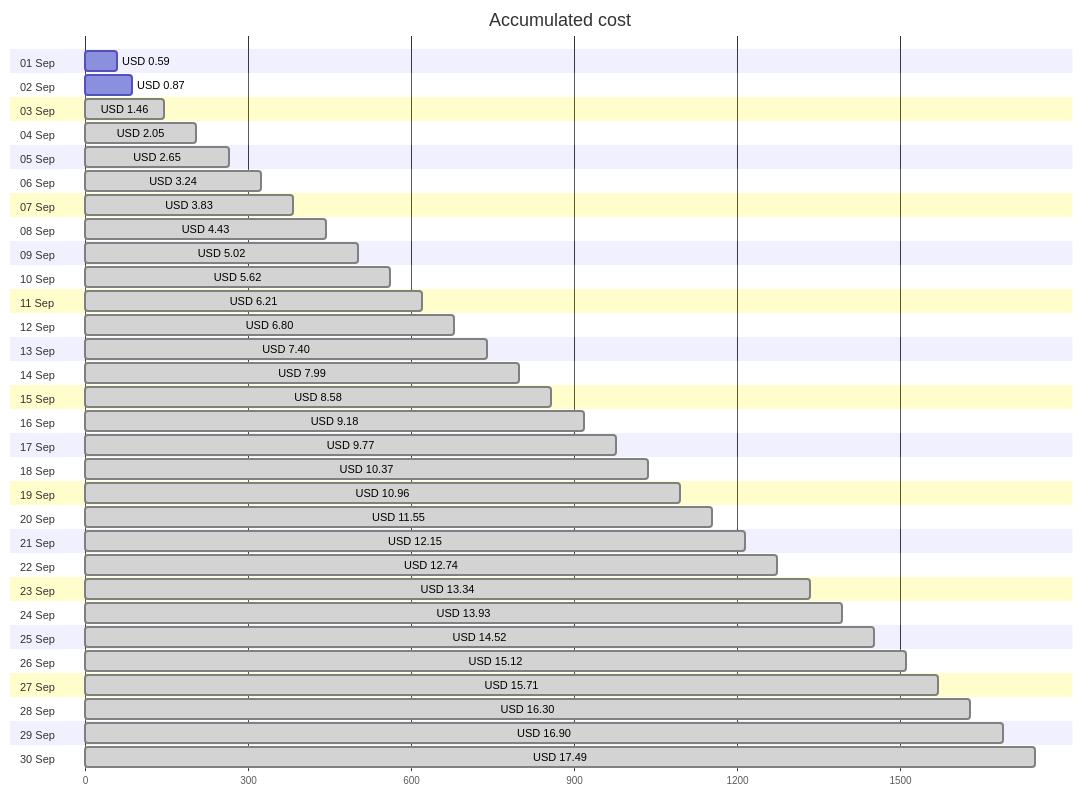
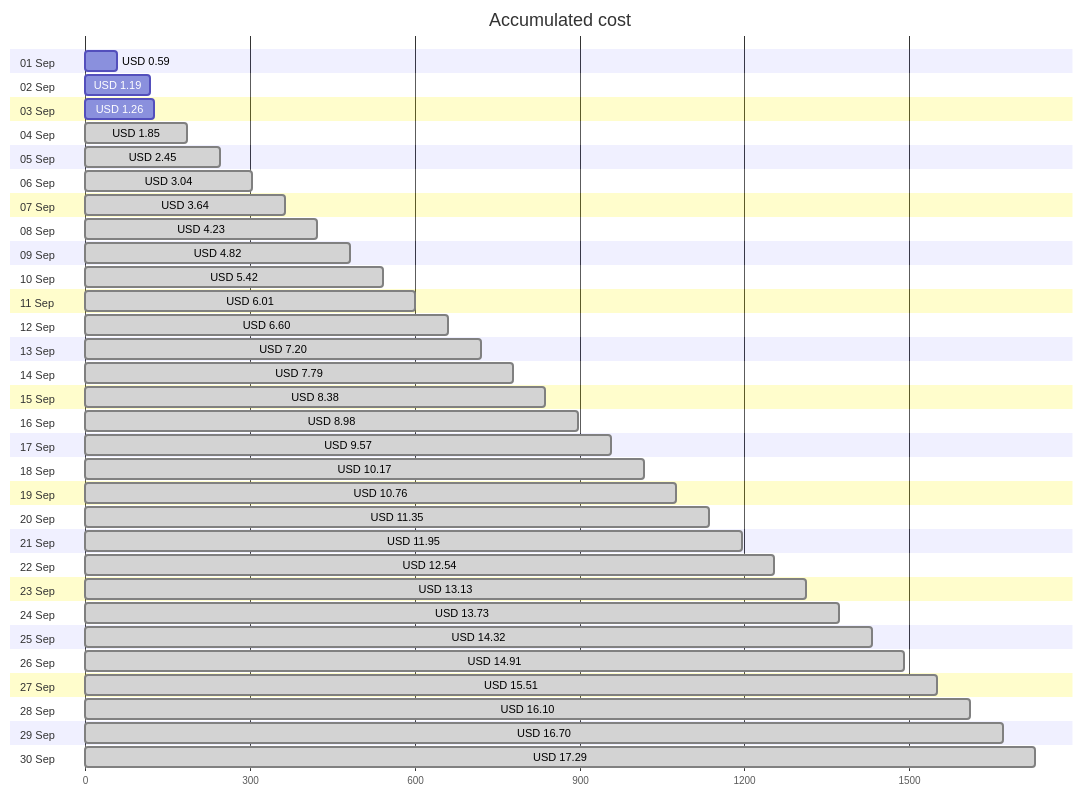
Before and after one commit to jpfulton/azure-personal-reports: the first of 4 diagrams in cost-reports/personal-site/README.md, drawn with Mermaid. The commit also changed other lines of this file and 6 other files, not shown here.

````diff
--- a/cost-reports/personal-site/README.md
+++ b/cost-reports/personal-site/README.md
@@ -20,66 +20,66 @@
 ```mermaid
 gantt
    title Accumulated cost
    dateFormat  X
    axisFormat %s
    section 01 Sep
    USD 0.59 :0, 59
    section 02 Sep
-   USD 0.87 :0, 87
+   USD 1.19 :0, 119
    section 03 Sep
-   USD 1.46 : done, 0, 146
+   USD 1.26 :0, 126
    section 04 Sep
-   USD 2.05 : done, 0, 205
+   USD 1.85 : done, 0, 185
    section 05 Sep
-   USD 2.65 : done, 0, 265
+   USD 2.45 : done, 0, 245
    section 06 Sep
-   USD 3.24 : done, 0, 324
+   USD 3.04 : done, 0, 304
    section 07 Sep
-   USD 3.83 : done, 0, 383
+   USD 3.64 : done, 0, 364
    section 08 Sep
-   USD 4.43 : done, 0, 443
+   USD 4.23 : done, 0, 423
    section 09 Sep
-   USD 5.02 : done, 0, 502
+   USD 4.82 : done, 0, 482
    section 10 Sep
-   USD 5.62 : done, 0, 562
+   USD 5.42 : done, 0, 542
    section 11 Sep
-   USD 6.21 : done, 0, 621
+   USD 6.01 : done, 0, 601
    section 12 Sep
-   USD 6.80 : done, 0, 680
+   USD 6.60 : done, 0, 660
    section 13 Sep
-   USD 7.40 : done, 0, 740
+   USD 7.20 : done, 0, 720
    section 14 Sep
-   USD 7.99 : done, 0, 799
+   USD 7.79 : done, 0, 779
    section 15 Sep
-   USD 8.58 : done, 0, 858
+   USD 8.38 : done, 0, 838
    section 16 Sep
-   USD 9.18 : done, 0, 918
+   USD 8.98 : done, 0, 898
    section 17 Sep
-   USD 9.77 : done, 0, 977
+   USD 9.57 : done, 0, 957
    section 18 Sep
-   USD 10.37 : done, 0, 1037
+   USD 10.17 : done, 0, 1017
    section 19 Sep
-   USD 10.96 : done, 0, 1096
+   USD 10.76 : done, 0, 1076
    section 20 Sep
-   USD 11.55 : done, 0, 1155
+   USD 11.35 : done, 0, 1135
    section 21 Sep
-   USD 12.15 : done, 0, 1215
+   USD 11.95 : done, 0, 1195
    section 22 Sep
-   USD 12.74 : done, 0, 1274
+   USD 12.54 : done, 0, 1254
    section 23 Sep
-   USD 13.34 : done, 0, 1334
+   USD 13.13 : done, 0, 1313
    section 24 Sep
-   USD 13.93 : done, 0, 1393
+   USD 13.73 : done, 0, 1373
    section 25 Sep
-   USD 14.52 : done, 0, 1452
+   USD 14.32 : done, 0, 1432
    section 26 Sep
-   USD 15.12 : done, 0, 1512
+   USD 14.91 : done, 0, 1491
    section 27 Sep
-   USD 15.71 : done, 0, 1571
+   USD 15.51 : done, 0, 1551
    section 28 Sep
-   USD 16.30 : done, 0, 1630
+   USD 16.10 : done, 0, 1610
    section 29 Sep
-   USD 16.90 : done, 0, 1690
+   USD 16.70 : done, 0, 1670
    section 30 Sep
-   USD 17.49 : done, 0, 1749
+   USD 17.29 : done, 0, 1729
 ```
````
